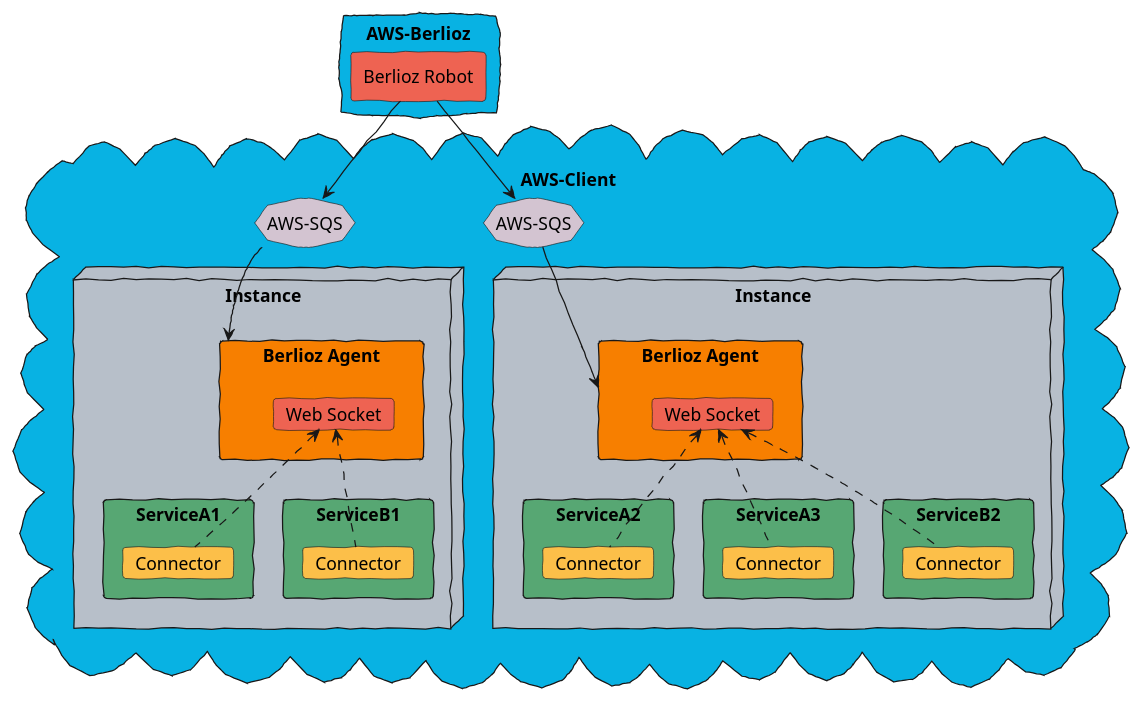
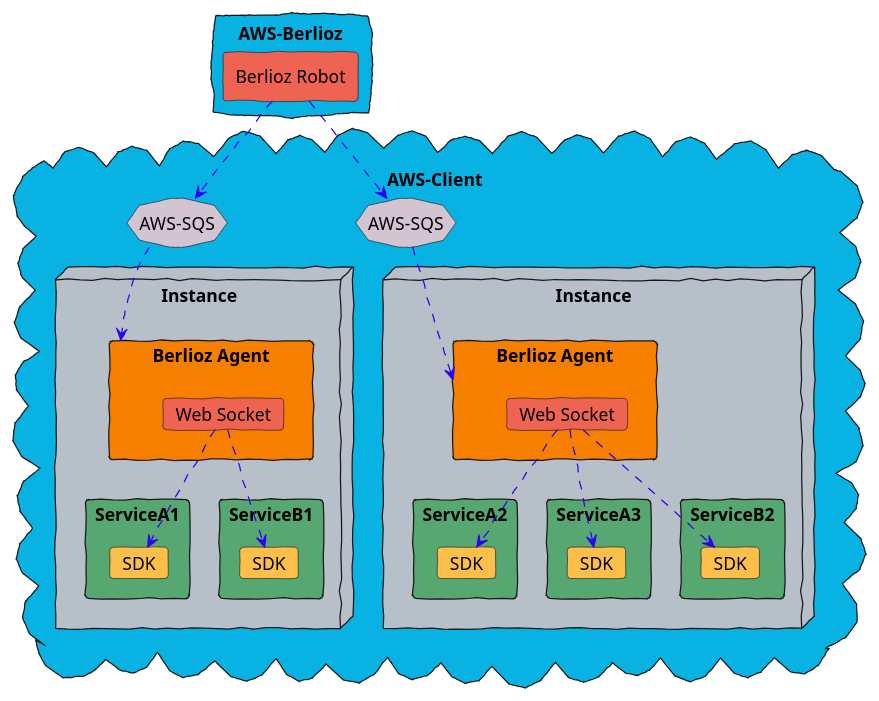
Before and after one commit to berlioz-the/berlioz: the diagram in assets/diagrams/connector.plantuml, drawn with PlantUML. The commit also changed 6 other files, not shown here.

```diff
--- a/assets/diagrams/connector.plantuml
+++ b/assets/diagrams/connector.plantuml
@@ -1,82 +1,92 @@
 @startuml
 
 skinparam handwritten true
 
 cloud "AWS-Client" #08B2E3 {
 
     node "Instance" as Instance2 #B7BFC9 {
 
         rectangle "Berlioz Agent" as BerliozAgent2 #F77F00 {
             card "Web Socket" as BerliozAgent2WS #EE6352  {
 
             }
         }
 
         rectangle ServiceA1 #57A773 {
-            card "Connector" as ServiceA1Connector #FCBF49  {
+            card "SDK" as ServiceA1Connector #FCBF49  {
 
             }
         }
 
         rectangle ServiceB1 #57A773 {
-            card "Connector" as ServiceB1Connector #FCBF49  {
+            card "SDK" as ServiceB1Connector #FCBF49  {
 
             }
         }
 
-        BerliozAgent2WS <.. ServiceA1Connector
-        BerliozAgent2WS <.. ServiceB1Connector
+        BerliozAgent2WS ..> ServiceA1Connector #2b04f0
+        BerliozAgent2WS ..> ServiceB1Connector #2b04f0
     }
 
     node "Instance" as Instance1 #B7BFC9 {
 
         rectangle "Berlioz Agent" as BerliozAgent1 #F77F00 {
             card "Web Socket" as BerliozAgent1WS #EE6352  {
 
             }
         }
 
         rectangle ServiceA2 #57A773 {
-            card "Connector" as ServiceA2Connector #FCBF49  {
+            card "SDK" as ServiceA2Connector #FCBF49  {
 
             }
         }
 
         rectangle ServiceA3 #57A773 {
-            card "Connector" as ServiceA3Connector #FCBF49  {
+            card "SDK" as ServiceA3Connector #FCBF49  {
+
+            }
+
+        }
+
+        rectangle ServiceB2 #57A773 {
+            card "SDK" as ServiceB2Connector #FCBF49  {
 
             }
         }
 
-        rectangle ServiceB2 #57A773 {
-            card "Connector" as ServiceB2Connector #FCBF49  {
-
-            }
-        }
-
-        BerliozAgent1WS <.. ServiceA2Connector
-        BerliozAgent1WS <.. ServiceA3Connector
-        BerliozAgent1WS <.. ServiceB2Connector
+        BerliozAgent1WS ..> ServiceA2Connector #2b04f0
+        BerliozAgent1WS ..> ServiceA3Connector #2b04f0
+        BerliozAgent1WS ..> ServiceB2Connector #2b04f0
     }
 
 
     storage "AWS-SQS" as SQS1 #D3C4D1 {
     }
-    SQS1 --> BerliozAgent1
+    SQS1 ..> BerliozAgent1 #2b04f0
 
     storage "AWS-SQS" as SQS2 #D3C4D1 {
     }
-    SQS2 --> BerliozAgent2
+    SQS2 ..> BerliozAgent2 #2b04f0
 
 }
 
 cloud "AWS-Berlioz" #08B2E3 {
     rectangle "Berlioz Robot" as BerliozRobot #EE6352 {
 
     }
 }
 
-BerliozRobot --> SQS1
-BerliozRobot --> SQS2
+BerliozRobot ..> SQS1 #2b04f0
+BerliozRobot ..> SQS2 #2b04f0
+
+/'cloud "Legend" #08B2E3 {
+rectangle A {
+}
+rectangle B {
+}
+A .> B #2b04f0 : policy flow
+A -> B #red : data flow
+}'/
 
 @enduml
```
